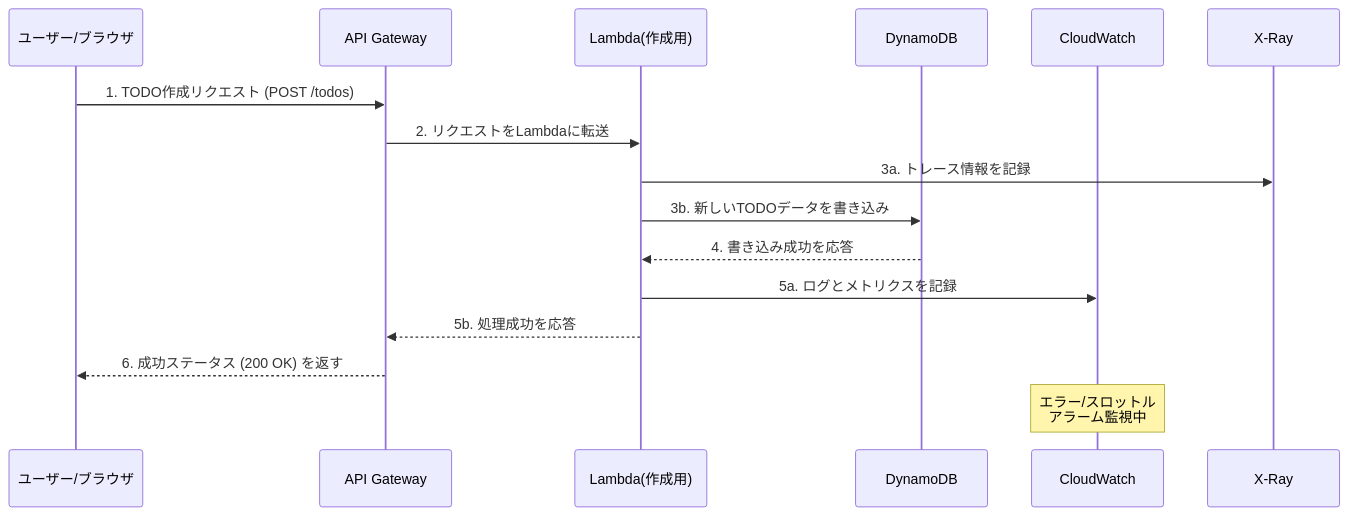
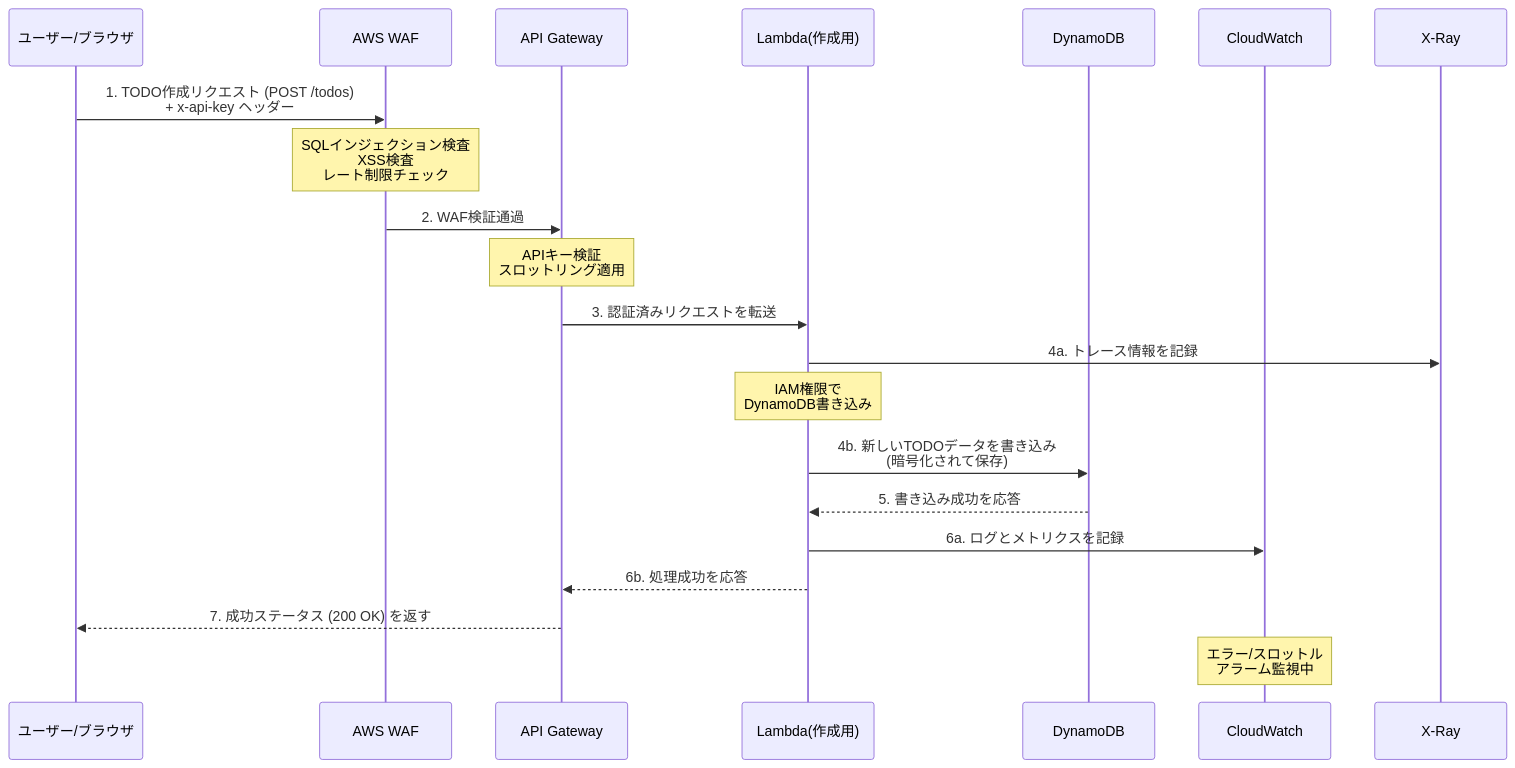
Before and after one commit to andsaki/cdk-study: the second of 2 diagrams in README.md, drawn with Mermaid. The commit also changed other lines of this file and 4 other files, not shown here.

````diff
--- a/README.md
+++ b/README.md
@@ -46,20 +54,25 @@
 ```mermaid
 sequenceDiagram
     participant User as ユーザー/ブラウザ
+    participant WAF as AWS WAF
     participant APIGW as API Gateway
     participant Lambda as Lambda(作成用)
     participant DDB as DynamoDB
     participant CW as CloudWatch
     participant XRay as X-Ray
 
-    User->>APIGW: 1. TODO作成リクエスト (POST /todos)
-    APIGW->>Lambda: 2. リクエストをLambdaに転送
-    Lambda->>XRay: 3a. トレース情報を記録
-    Lambda->>DDB: 3b. 新しいTODOデータを書き込み
-    DDB-->>Lambda: 4. 書き込み成功を応答
-    Lambda->>CW: 5a. ログとメトリクスを記録
-    Lambda-->>APIGW: 5b. 処理成功を応答
-    APIGW-->>User: 6. 成功ステータス (200 OK) を返す
+    User->>WAF: 1. TODO作成リクエスト (POST /todos)<br/>+ x-api-key ヘッダー
+    Note over WAF: SQLインジェクション検査<br/>XSS検査<br/>レート制限チェック
+    WAF->>APIGW: 2. WAF検証通過
+    Note over APIGW: APIキー検証<br/>スロットリング適用
+    APIGW->>Lambda: 3. 認証済みリクエストを転送
+    Lambda->>XRay: 4a. トレース情報を記録
+    Note over Lambda: IAM権限で<br/>DynamoDB書き込み
+    Lambda->>DDB: 4b. 新しいTODOデータを書き込み<br/>(暗号化されて保存)
+    DDB-->>Lambda: 5. 書き込み成功を応答
+    Lambda->>CW: 6a. ログとメトリクスを記録
+    Lambda-->>APIGW: 6b. 処理成功を応答
+    APIGW-->>User: 7. 成功ステータス (200 OK) を返す
 
     Note over CW: エラー/スロットル<br/>アラーム監視中
 ```
````
